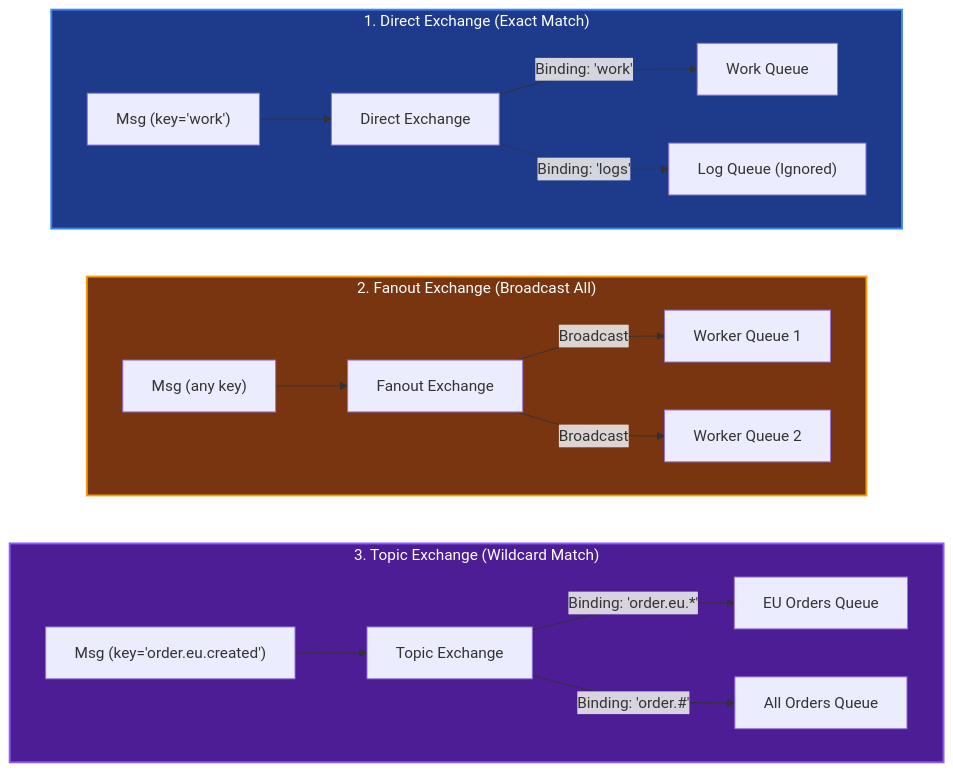
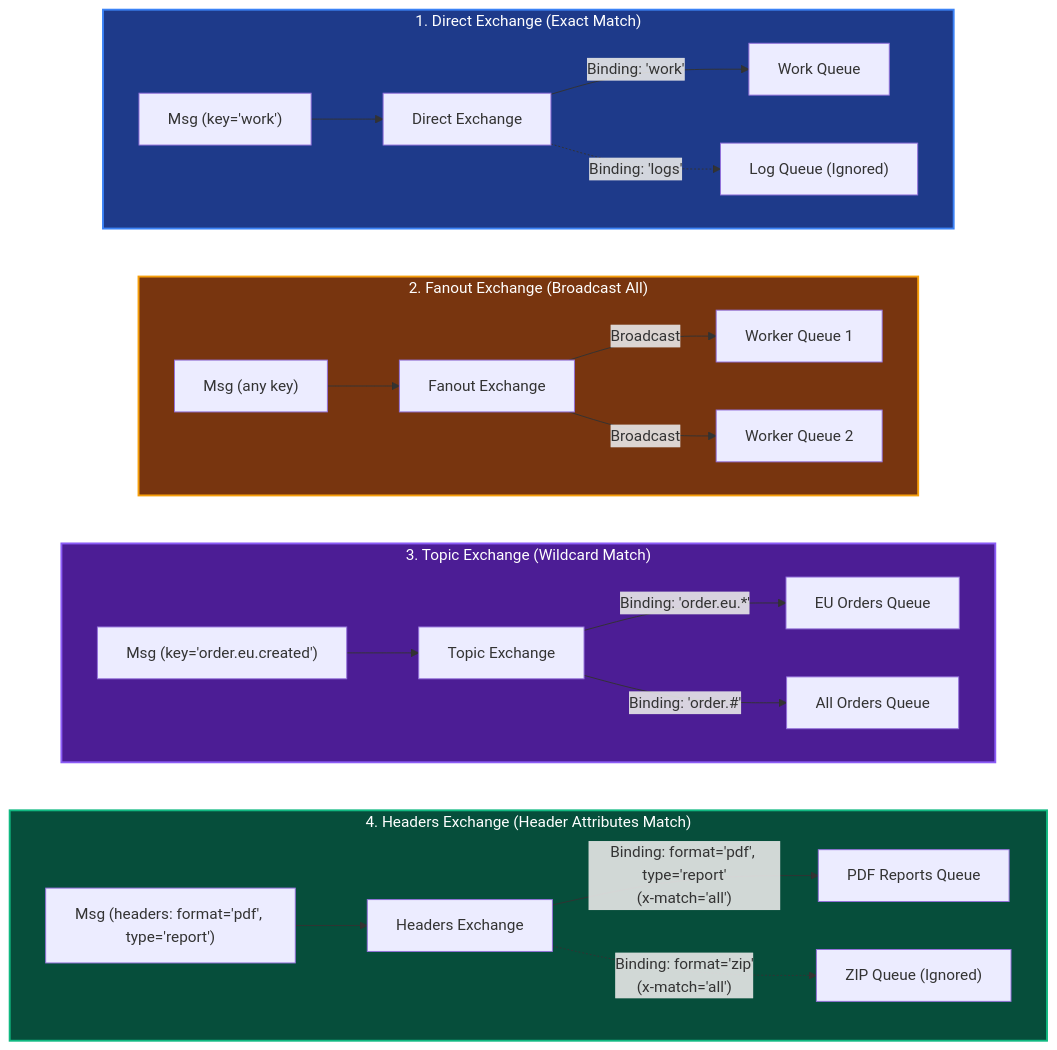
Before and after one commit to yodh4/ubiquitous-parakeet: the second of 4 diagrams in docs/milestone-3/01-message-broker-fundamentals.md, drawn with Mermaid.

Commit message:
Docs: fix layout

````diff
--- a/docs/milestone-3/01-message-broker-fundamentals.md
+++ b/docs/milestone-3/01-message-broker-fundamentals.md
@@ -47,30 +47,38 @@
 ```mermaid
 flowchart TD
     subgraph DirectEx ["1. Direct Exchange (Exact Match)"]
         direction LR
         D_Msg["Msg (key='work')"] --> D_Ex["Direct Exchange"]
         D_Ex -->|"Binding: 'work'"| D_Q1["Work Queue"]
         D_Ex -.->|"Binding: 'logs'"| D_Q2["Log Queue (Ignored)"]
     end
 
     subgraph FanoutEx ["2. Fanout Exchange (Broadcast All)"]
         direction LR
         F_Msg["Msg (any key)"] --> F_Ex["Fanout Exchange"]
         F_Ex -->|"Broadcast"| F_Q1["Worker Queue 1"]
         F_Ex -->|"Broadcast"| F_Q2["Worker Queue 2"]
     end
 
     subgraph TopicEx ["3. Topic Exchange (Wildcard Match)"]
         direction LR
         T_Msg["Msg (key='order.eu.created')"] --> T_Ex["Topic Exchange"]
         T_Ex -->|"Binding: 'order.eu.*'"| T_Q1["EU Orders Queue"]
         T_Ex -->|"Binding: 'order.#'"| T_Q2["All Orders Queue"]
     end
 
-    DirectEx ~~~ FanoutEx ~~~ TopicEx
+    subgraph HeadersEx ["4. Headers Exchange (Header Attributes Match)"]
+        direction LR
+        H_Msg["Msg (headers: format='pdf', type='report')"] --> H_Ex["Headers Exchange"]
+        H_Ex -->|"Binding: format='pdf', type='report'<br/>(x-match='all')"| H_Q1["PDF Reports Queue"]
+        H_Ex -.->|"Binding: format='zip'<br/>(x-match='all')"| H_Q2["ZIP Queue (Ignored)"]
+    end
+
+    DirectEx ~~~ FanoutEx ~~~ TopicEx ~~~ HeadersEx
 
     %% High-Contrast Subgraph Styling
     style DirectEx fill:#1e3a8a,stroke:#3b82f6,stroke-width:2px,color:#ffffff
     style FanoutEx fill:#78350f,stroke:#f59e0b,stroke-width:2px,color:#ffffff
     style TopicEx fill:#4c1d95,stroke:#8b5cf6,stroke-width:2px,color:#ffffff
+    style HeadersEx fill:#064e3b,stroke:#10b981,stroke-width:2px,color:#ffffff
 ```
````
